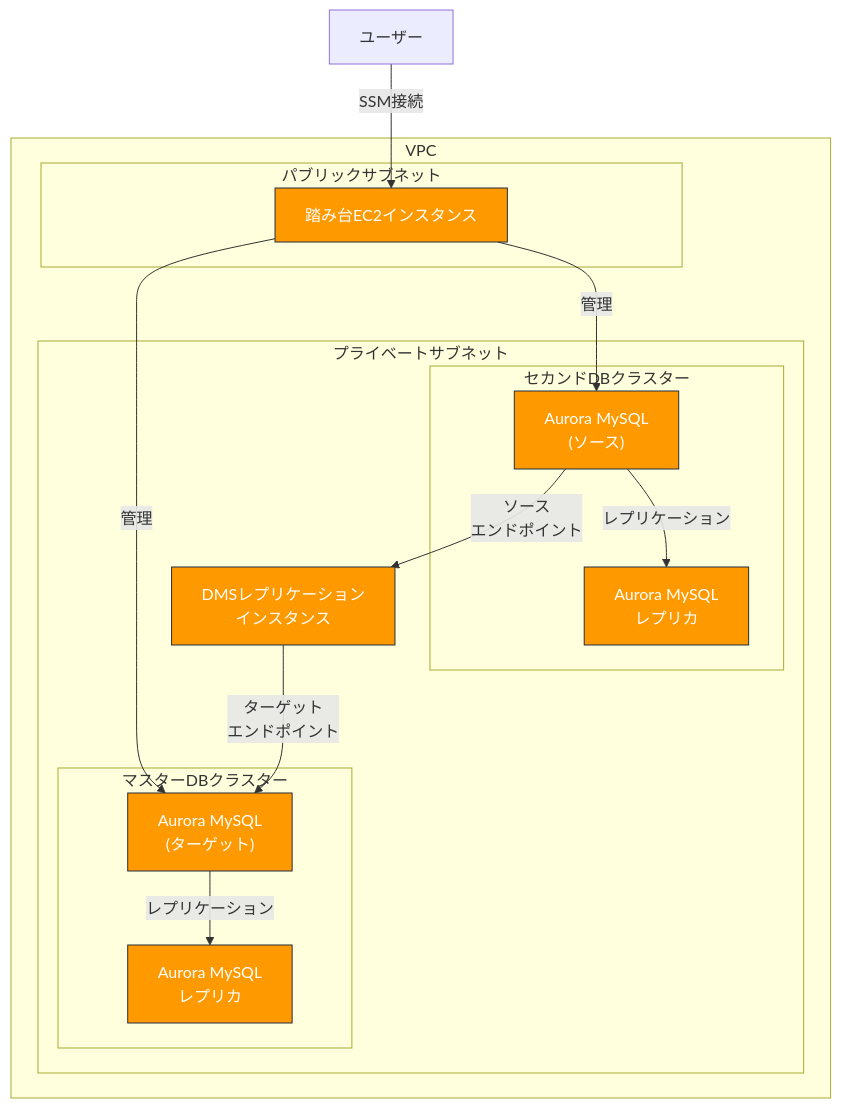
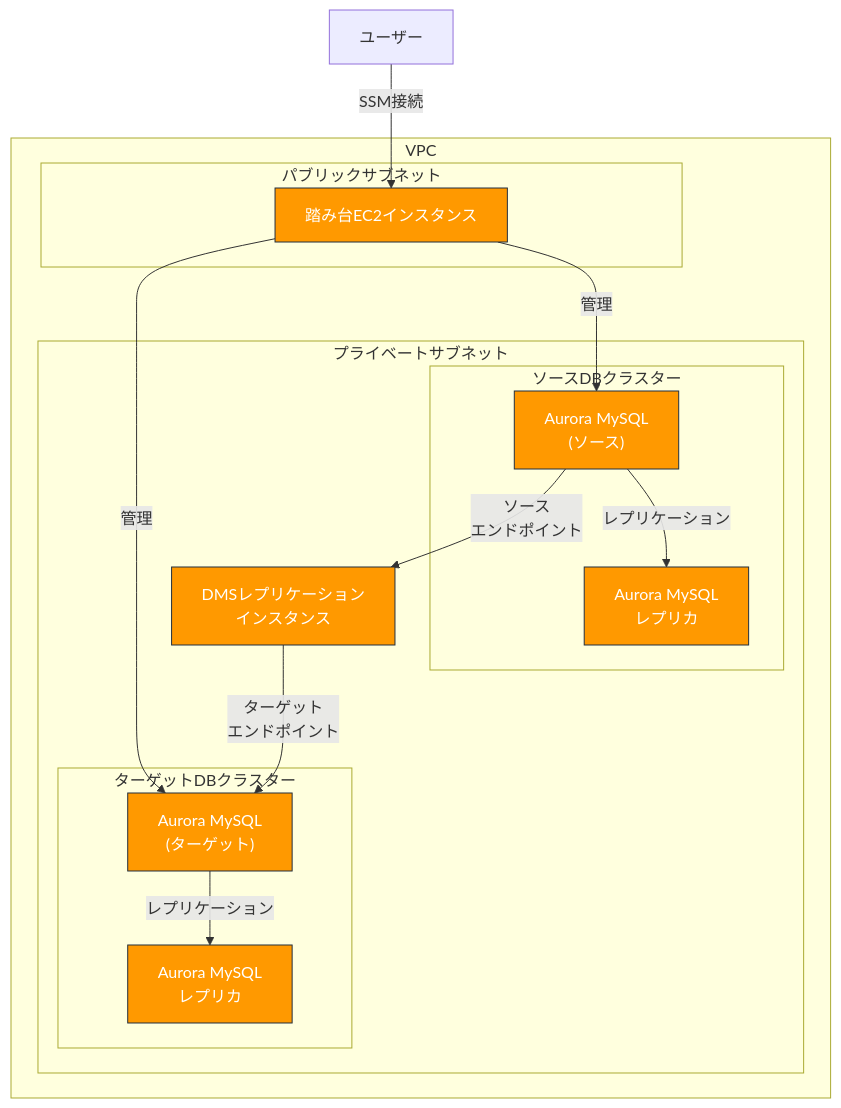
Before and after one commit to takyafumin/sample-rds-replication: the diagram in doc/architecture.md, drawn with Mermaid. The commit also changed other lines of this file and 10 other files, not shown here.

````diff
--- a/doc/architecture.md
+++ b/doc/architecture.md
@@ -7,35 +7,35 @@
 ```mermaid
 graph TD
     subgraph "VPC"
         subgraph "パブリックサブネット"
             EC2["踏み台EC2インスタンス"]
         end
 
         subgraph "プライベートサブネット"
             DMS["DMSレプリケーション\nインスタンス"]
 
-            subgraph "マスターDBクラスター"
-                MasterDB["Aurora MySQL\n(ターゲット)"]
-                MasterDBR["Aurora MySQL\nレプリカ"]
+            subgraph "ターゲットDBクラスター"
+                TargetDB["Aurora MySQL\n(ターゲット)"]
+                TargetDBR["Aurora MySQL\nレプリカ"]
             end
 
-            subgraph "セカンドDBクラスター"
-                SecondDB["Aurora MySQL\n(ソース)"]
-                SecondDBR["Aurora MySQL\nレプリカ"]
+            subgraph "ソースDBクラスター"
+                SourceDB["Aurora MySQL\n(ソース)"]
+                SourceDBR["Aurora MySQL\nレプリカ"]
             end
         end
     end
 
     User["ユーザー"] -->|SSM接続| EC2
-    EC2 -->|管理| MasterDB
-    EC2 -->|管理| SecondDB
+    EC2 -->|管理| TargetDB
+    EC2 -->|管理| SourceDB
 
-    SecondDB -->|ソース\nエンドポイント| DMS
-    DMS -->|ターゲット\nエンドポイント| MasterDB
+    SourceDB -->|ソース\nエンドポイント| DMS
+    DMS -->|ターゲット\nエンドポイント| TargetDB
 
-    SecondDB -->|レプリケーション| SecondDBR
-    MasterDB -->|レプリケーション| MasterDBR
+    SourceDB -->|レプリケーション| SourceDBR
+    TargetDB -->|レプリケーション| TargetDBR
 
     classDef aws fill:#FF9900,stroke:#232F3E,color:white;
-    class EC2,DMS,MasterDB,MasterDBR,SecondDB,SecondDBR aws;
+    class EC2,DMS,TargetDB,TargetDBR,SourceDB,SourceDBR aws;
 ```
````
